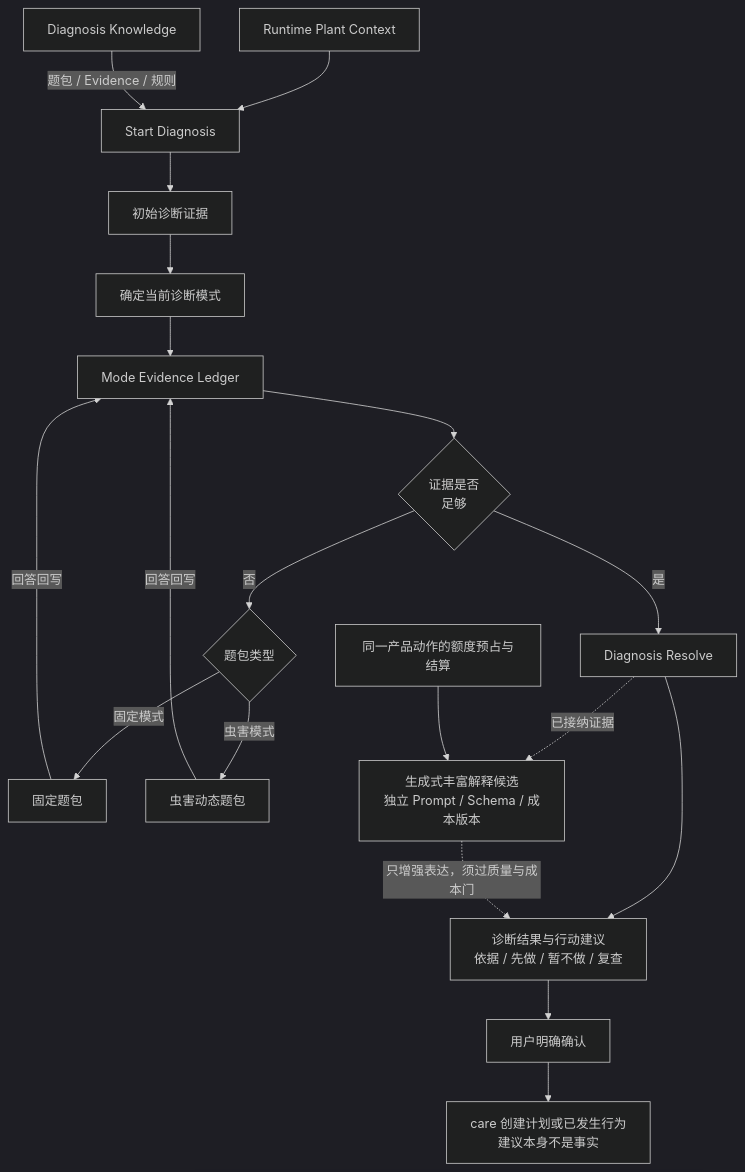
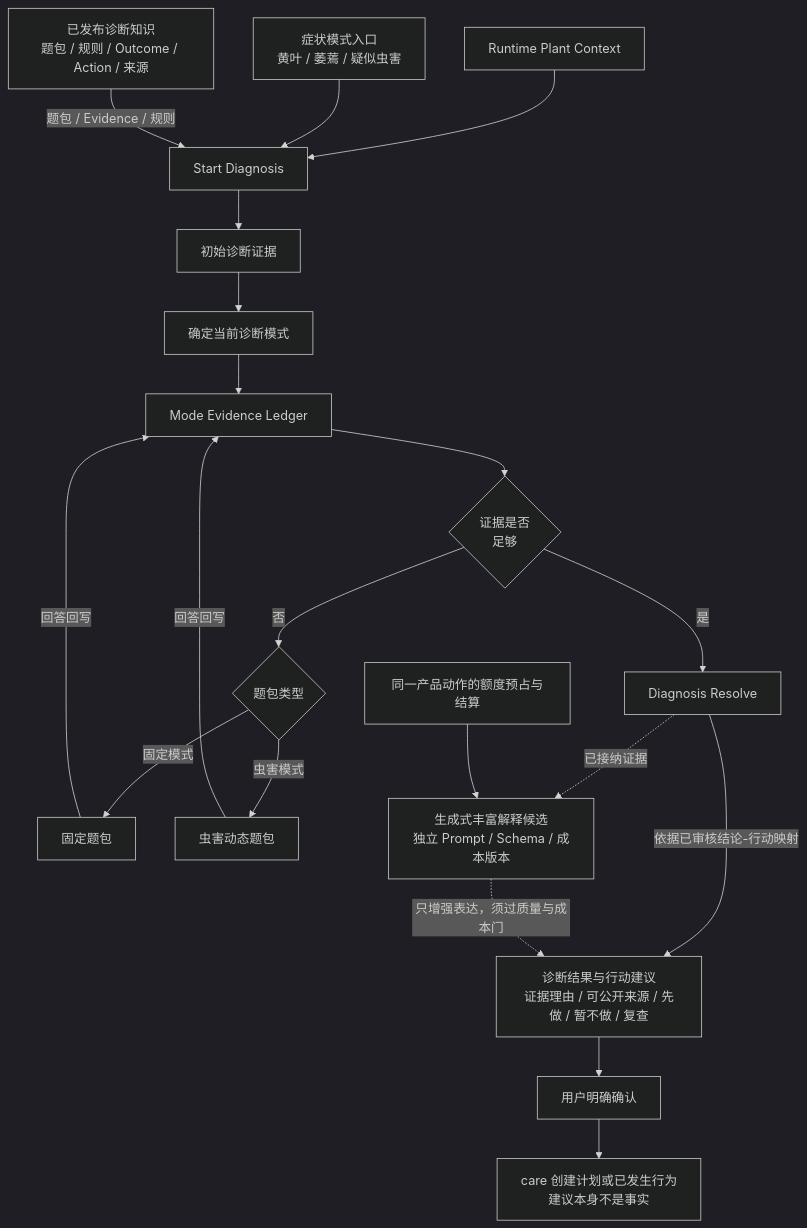
Before and after one commit to dang0705/planting: diagram 15 of 22 in docs/backend-v2/architecture/business-domain-layers.md, drawn with Mermaid (dark theme). The commit also changed other lines of this file and 9 other files, not shown here.

````diff
--- a/docs/backend-v2/architecture/business-domain-layers.md
+++ b/docs/backend-v2/architecture/business-domain-layers.md
@@ -538,38 +547,40 @@
 ```mermaid
 flowchart TB
   ctx["Runtime Plant Context"]
-  knowledge["Diagnosis Knowledge"]
+  knowledge["已发布诊断知识<br/>题包 / 规则 / Outcome / Action / 来源"]
+  symptom["症状模式入口<br/>黄叶 / 萎蔫 / 疑似虫害"]
   start["Start Diagnosis"]
   initial["初始诊断证据"]
   mode["确定当前诊断模式"]
   ledger["Mode Evidence Ledger"]
   gate{"证据是否<br/>足够"}
   resolve["Diagnosis Resolve"]
   route{"题包类型"}
   fixed["固定题包"]
   pest["虫害动态题包"]
-  advice["诊断结果与行动建议<br/>依据 / 先做 / 暂不做 / 复查"]
+  advice["诊断结果与行动建议<br/>证据理由 / 可公开来源 / 先做 / 暂不做 / 复查"]
   confirm["用户明确确认"]
   care["care 创建计划或已发生行为<br/>建议本身不是事实"]
   rich["生成式丰富解释候选<br/>独立 Prompt / Schema / 成本版本"]
   quota["同一产品动作的额度预占与结算"]
 
   ctx --> start
+  symptom --> start
   knowledge -->|题包 / Evidence / 规则| start
   start --> initial
   initial --> mode
   mode --> ledger
   ledger --> gate
   gate -->|是| resolve
   gate -->|否| route
   route -->|固定模式| fixed
   route -->|虫害模式| pest
   fixed -->|回答回写| ledger
   pest -->|回答回写| ledger
-  resolve --> advice
+  resolve -->|依据已审核结论-行动映射| advice
   advice --> confirm
   confirm --> care
   resolve -.已接纳证据.-> rich
   quota --> rich
   rich -.只增强表达，须过质量与成本门.-> advice
 ```
````
